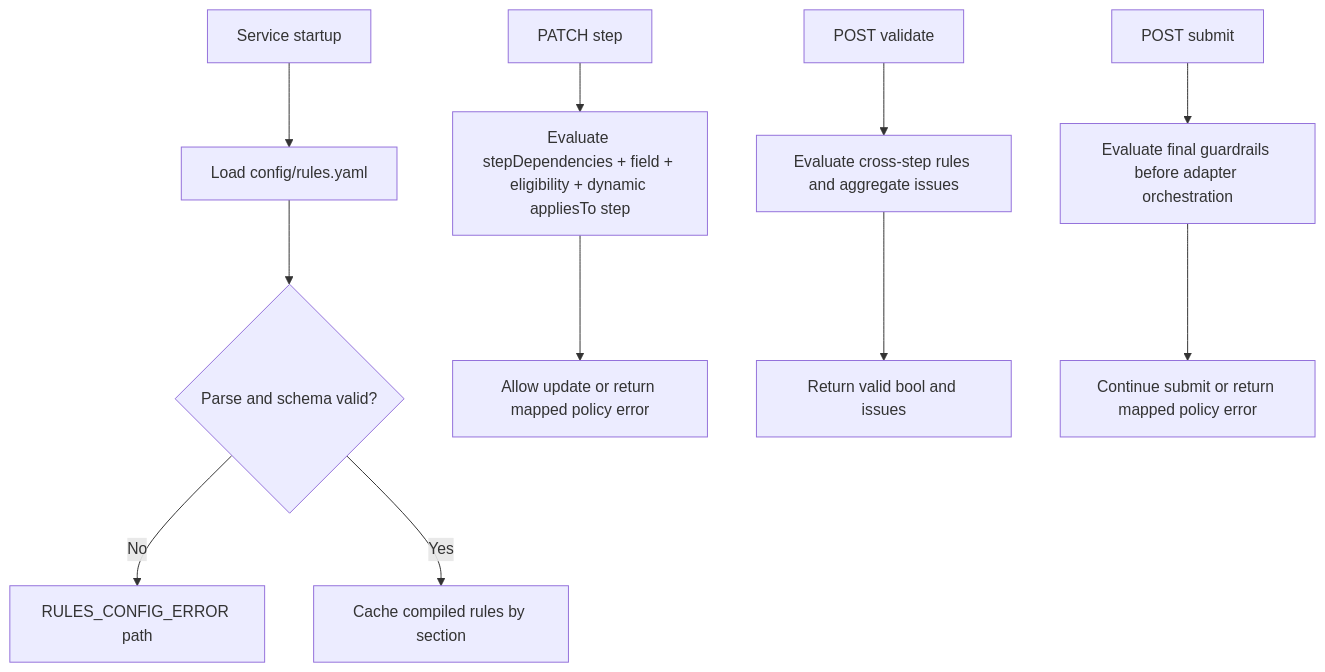
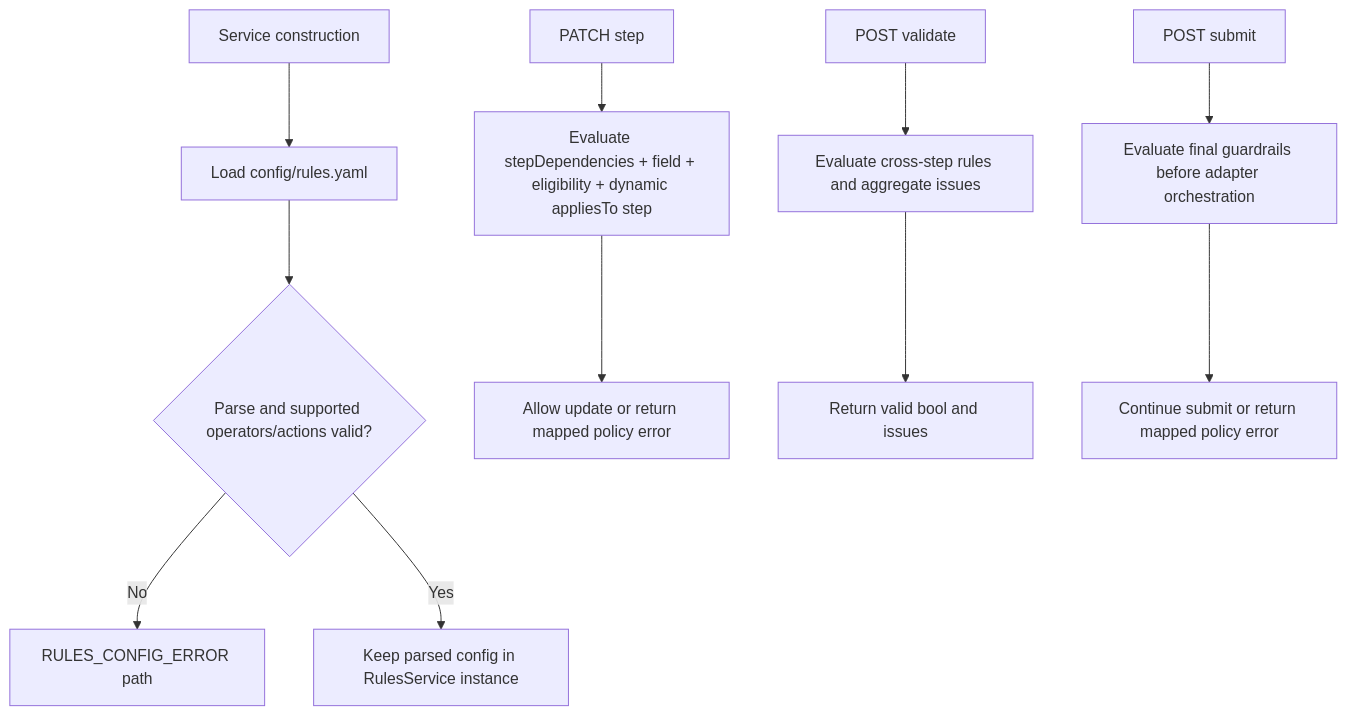
Before and after one commit to chris-piwinsky/experience-api: the first of 4 diagrams in docs/rules-integration-and-expansion.md, drawn with Mermaid. The commit also changed other lines of this file, not shown here.

````diff
--- a/docs/rules-integration-and-expansion.md
+++ b/docs/rules-integration-and-expansion.md
@@ -58,15 +58,15 @@
 ```mermaid
 flowchart TD
-  Startup[Service startup] --> Load[Load config/rules.yaml]
-  Load --> Parse{Parse and schema valid?}
+  Startup[Service construction] --> Load[Load config/rules.yaml]
+  Load --> Parse{Parse and supported operators/actions valid?}
   Parse -- No --> ConfigErr[RULES_CONFIG_ERROR path]
-  Parse -- Yes --> Cache[Cache compiled rules by section]
+  Parse -- Yes --> Ready[Keep parsed config in RulesService instance]
 
   Patch[PATCH step] --> EvalPatch[Evaluate stepDependencies + field + eligibility + dynamic appliesTo step]
   Validate[POST validate] --> EvalValidate[Evaluate cross-step rules and aggregate issues]
   Submit[POST submit] --> EvalSubmit[Evaluate final guardrails before adapter orchestration]
 
   EvalPatch --> PatchResult[Allow update or return mapped policy error]
   EvalValidate --> ValidateResult[Return valid bool and issues]
   EvalSubmit --> SubmitResult[Continue submit or return mapped policy error]
 ```
````
